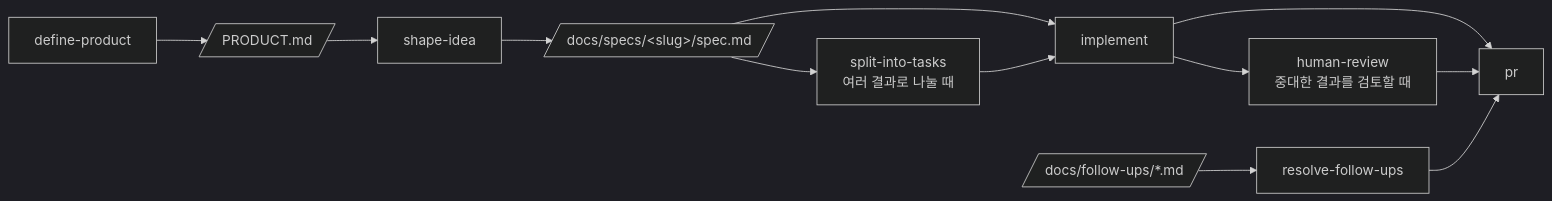
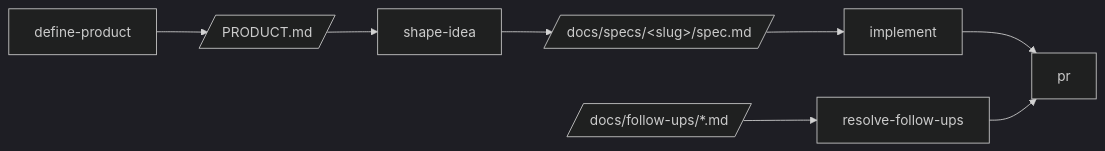
Before and after one commit to toy-crane/claude-code-playbook-template: the diagram in README.md, drawn with Mermaid (dark theme). The commit also changed other lines of this file and 1 other file, not shown here.

Commit message:
docs: 퇴역 스킬 참조를 현재 스킬 구성에 맞춤
README 워크플로우 다이어그램에서 split-into-tasks와 human-review 노드를
빼고, 새로 설치한 llm-evals와 clean-branches를 파이프라인 밖 스킬 목록에
넣었다. AGENTS.md의 브라우저 검증 항목에서도 human-review를 제거했다.

````diff
--- a/README.md
+++ b/README.md
@@ -63,14 +63,10 @@
 ```mermaid
 flowchart LR
     DP["define-product"] --> PRODUCT[/"PRODUCT.md"/]
     PRODUCT --> SI["shape-idea"]
     SI --> SPEC[/"docs/specs/&lt;slug&gt;/spec.md"/]
-    SPEC --> ST["split-into-tasks<br/>여러 결과로 나눌 때"]
     SPEC --> IMP["implement"]
-    ST --> IMP
-    IMP --> HR["human-review<br/>중대한 결과를 검토할 때"]
     IMP --> PR["pr"]
-    HR --> PR
     FU[/"docs/follow-ups/*.md"/] --> RF["resolve-follow-ups"]
     RF --> PR
 ```
````
